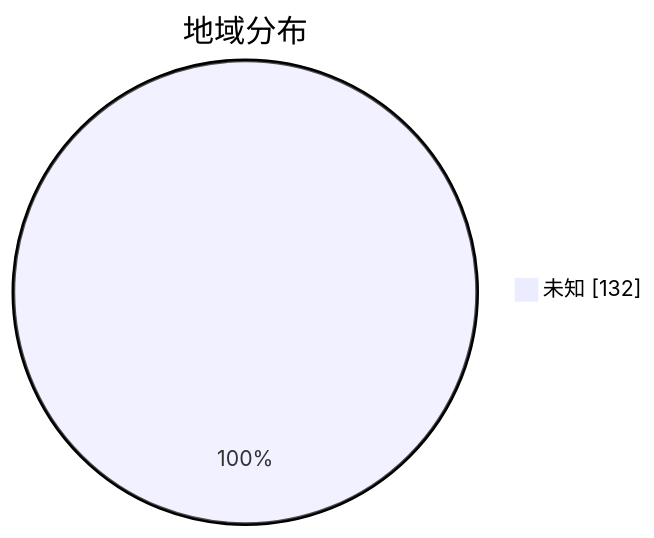
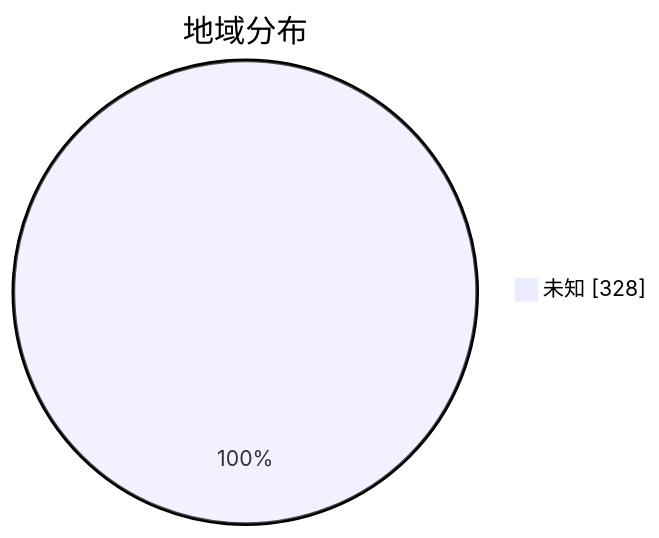
One commit to qjlxg/airport changed the second of 3 diagrams in subs/statistics/tested_within.md. Above: the diagram before and after it, drawn with Mermaid. The commit also changed other lines of this file and 2 other files, not shown here.

````diff
--- a/subs/statistics/tested_within.md
+++ b/subs/statistics/tested_within.md
@@ -11,5 +13,5 @@
 ```mermaid
 pie showData
 title 地域分布
-"未知" : 132
+"未知" : 328
 ```
````
